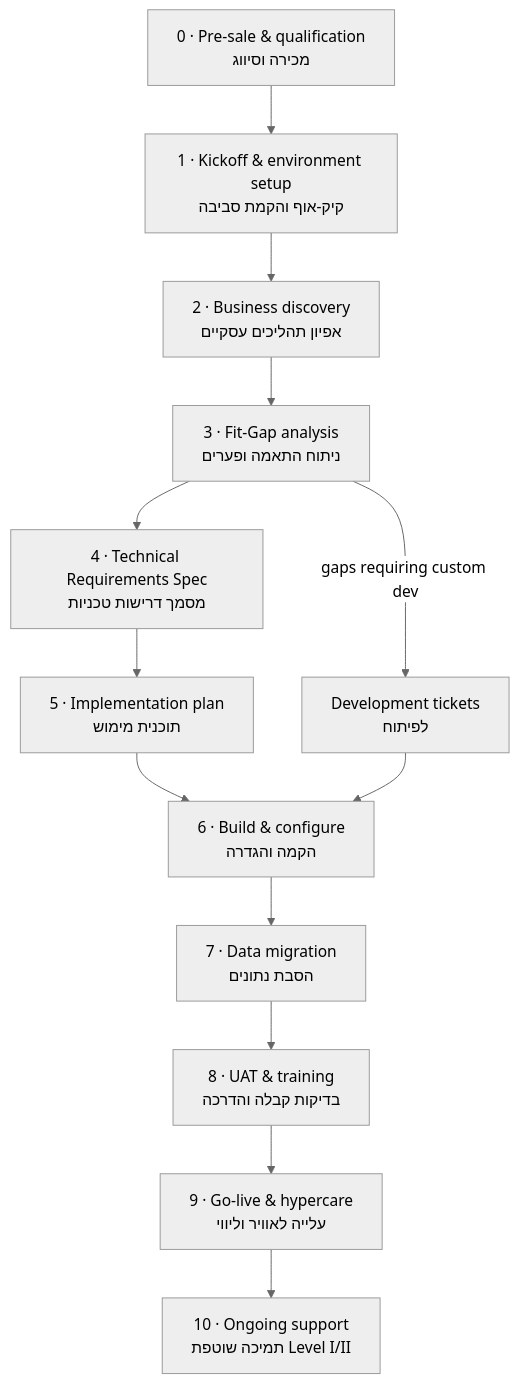
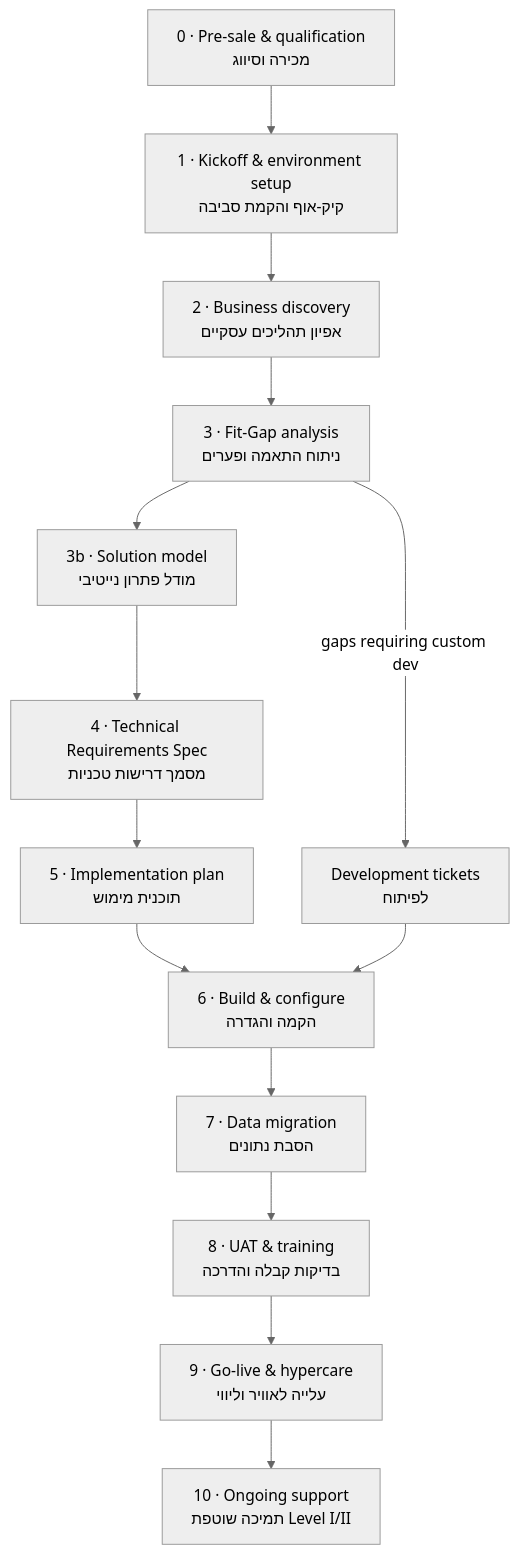
One commit to AviMYB/mybusiness-plugins changed the diagram in plugins/mybusiness-oauth/skills/myb-p-kb/references/60-implementation-methodology/01-implementation-lifecycle.md. Above: the diagram before and after it, drawn with Mermaid (neutral theme). The commit also changed other lines of this file and 242 other files, not shown here.

First line of the commit message:
Release 1.5.0 with public forms, card design, chatbots and record timeline

````diff
--- a/plugins/mybusiness-oauth/skills/myb-p-kb/references/60-implementation-methodology/01-implementation-lifecycle.md
+++ b/plugins/mybusiness-oauth/skills/myb-p-kb/references/60-implementation-methodology/01-implementation-lifecycle.md
@@ -26,15 +26,15 @@
 ```mermaid
 flowchart TD
     P0[0 · Pre-sale & qualification<br/>מכירה וסיווג] --> P1[1 · Kickoff & environment setup<br/>קיק-אוף והקמת סביבה]
     P1 --> P2[2 · Business discovery<br/>אפיון תהליכים עסקיים]
     P2 --> P3[3 · Fit-Gap analysis<br/>ניתוח התאמה ופערים]
-    P3 --> P4[4 · Technical Requirements Spec<br/>מסמך דרישות טכניות]
+    P3 --> P3b[3b · Solution model<br/>מודל פתרון נייטיבי] --> P4[4 · Technical Requirements Spec<br/>מסמך דרישות טכניות]
     P4 --> P5[5 · Implementation plan<br/>תוכנית מימוש]
     P5 --> P6[6 · Build & configure<br/>הקמה והגדרה]
     P6 --> P7[7 · Data migration<br/>הסבת נתונים]
     P7 --> P8[8 · UAT & training<br/>בדיקות קבלה והדרכה]
     P8 --> P9[9 · Go-live & hypercare<br/>עלייה לאוויר וליווי]
     P9 --> P10[10 · Ongoing support<br/>תמיכה שוטפת Level I/II]
     P3 -- "gaps requiring custom dev" --> J[Development tickets<br/>לפיתוח]
     J --> P6
 ```
````
